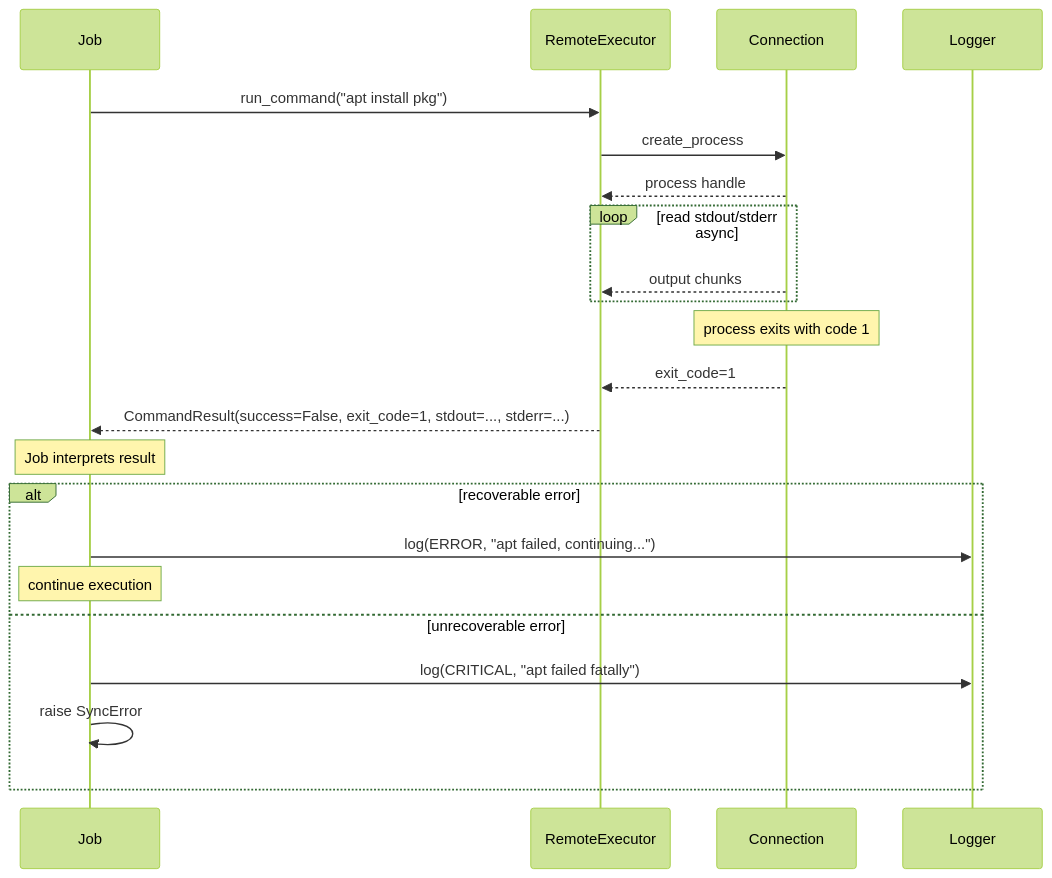
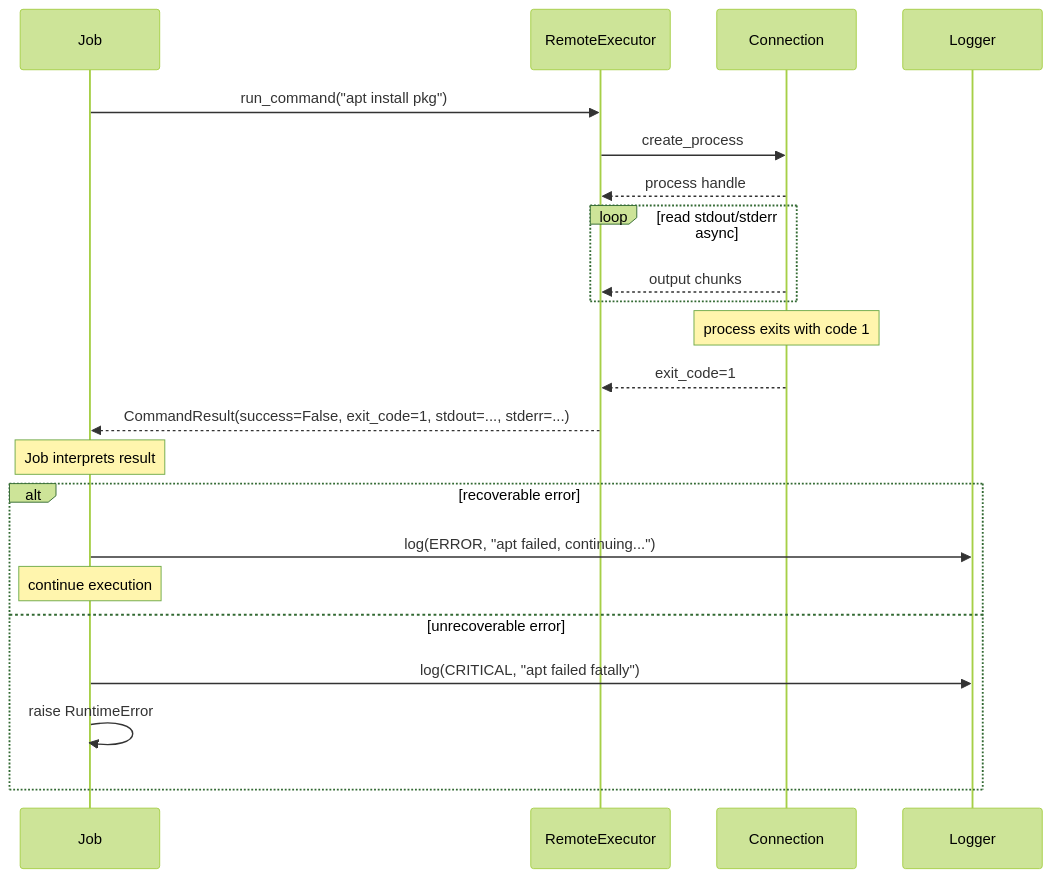
One commit to flaksit/pc-switcher changed the eighth of 13 diagrams in specs/001-foundation/architecture.md. Above: the diagram before and after it, drawn with Mermaid (forest theme). The commit also changed other lines of this file and 7 other files, not shown here.

Commit message:
plan + remove SyncError

````diff
--- a/specs/001-foundation/architecture.md
+++ b/specs/001-foundation/architecture.md
@@ -583,30 +583,30 @@
 ```mermaid
 sequenceDiagram
     participant Job
     participant RemoteExecutor
     participant Connection
     participant Logger
 
     Job->>RemoteExecutor: run_command("apt install pkg")
     RemoteExecutor->>Connection: create_process
     Connection-->>RemoteExecutor: process handle
 
     loop read stdout/stderr async
         Connection-->>RemoteExecutor: output chunks
     end
 
     Note over Connection: process exits with code 1
     Connection-->>RemoteExecutor: exit_code=1
 
     RemoteExecutor-->>Job: CommandResult(success=False, exit_code=1, stdout=..., stderr=...)
 
     Note over Job: Job interprets result
 
     alt recoverable error
         Job->>Logger: log(ERROR, "apt failed, continuing...")
         Note over Job: continue execution
     else unrecoverable error
         Job->>Logger: log(CRITICAL, "apt failed fatally")
-        Job->>Job: raise SyncError
+        Job->>Job: raise RuntimeError
     end
 ```
````
